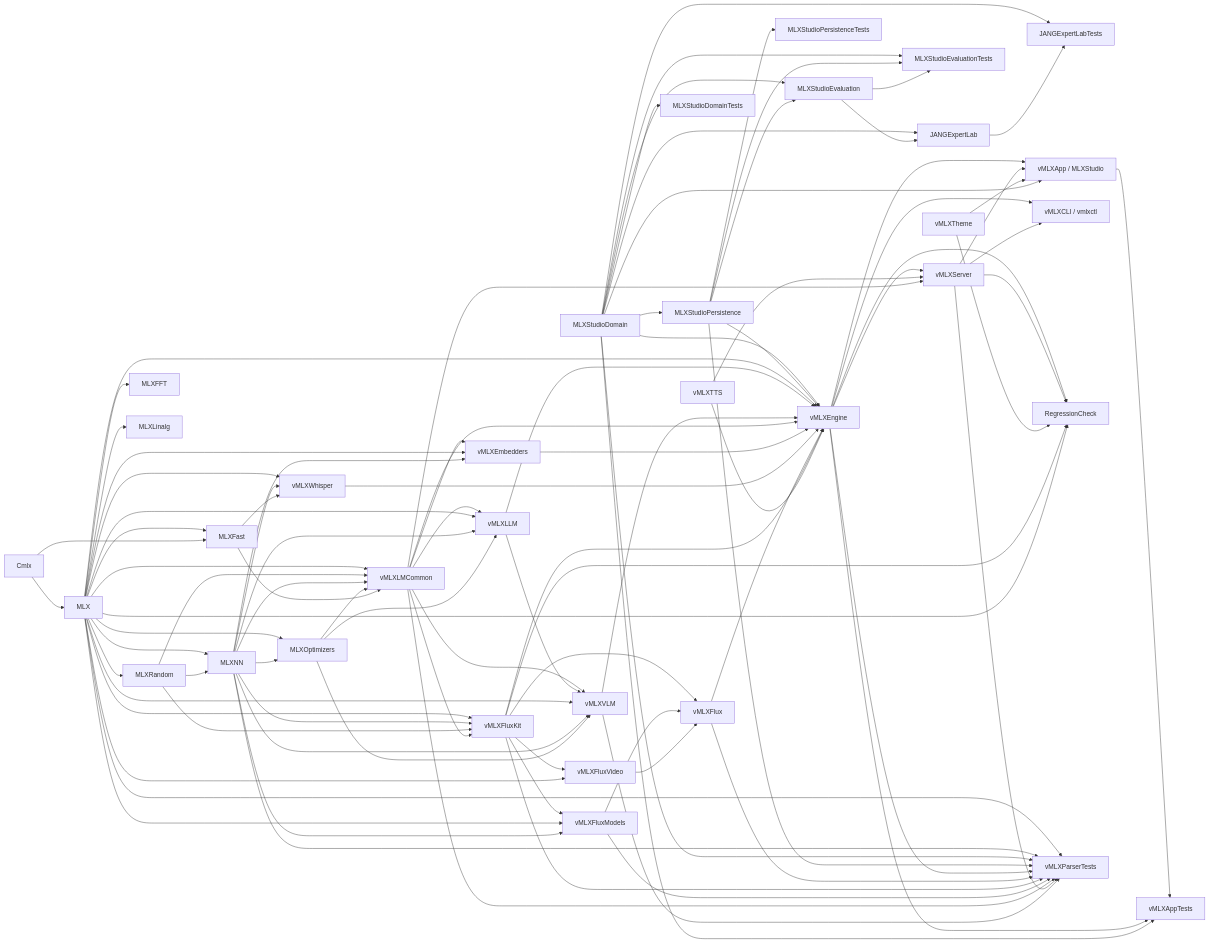
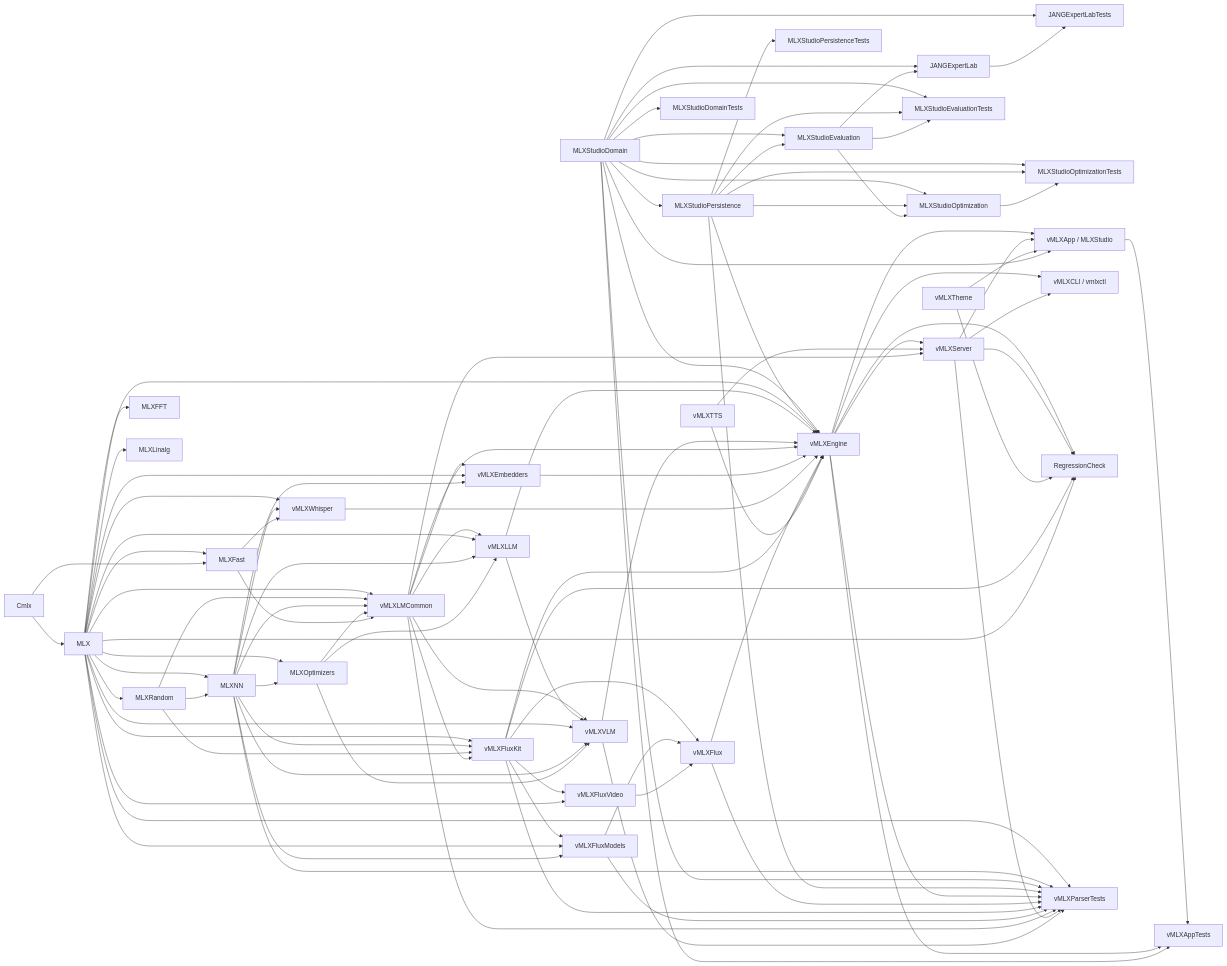
Before and after one commit to hornsan1/mlx-studio-beta: the first of 5 diagrams in docs/architecture/mlx-studio-consolidation/dependency-graph.md, drawn with Mermaid. The commit also changed 11 other files, not shown here.

```diff
--- a/docs/architecture/mlx-studio-consolidation/dependency-graph.md
+++ b/docs/architecture/mlx-studio-consolidation/dependency-graph.md
@@ -54,6 +54,9 @@
     Persistence --> Evaluation
     Domain --> ExpertLabProduct["JANGExpertLab"]
     Evaluation --> ExpertLabProduct
+    Domain --> OptimizationProduct["MLXStudioOptimization"]
+    Persistence --> OptimizationProduct
+    Evaluation --> OptimizationProduct
     Domain --> DomainTests["MLXStudioDomainTests"]
     Persistence --> PersistenceTests["MLXStudioPersistenceTests"]
     Domain --> EvaluationTests["MLXStudioEvaluationTests"]
@@ -61,6 +64,9 @@
     Evaluation --> EvaluationTests
     Domain --> ExpertLabProductTests["JANGExpertLabTests"]
     ExpertLabProduct --> ExpertLabProductTests
+    Domain --> OptimizationProductTests["MLXStudioOptimizationTests"]
+    Persistence --> OptimizationProductTests
+    OptimizationProduct --> OptimizationProductTests
     Domain --> Engine
     Persistence --> Engine
     MLX --> Engine["vMLXEngine"]
```
